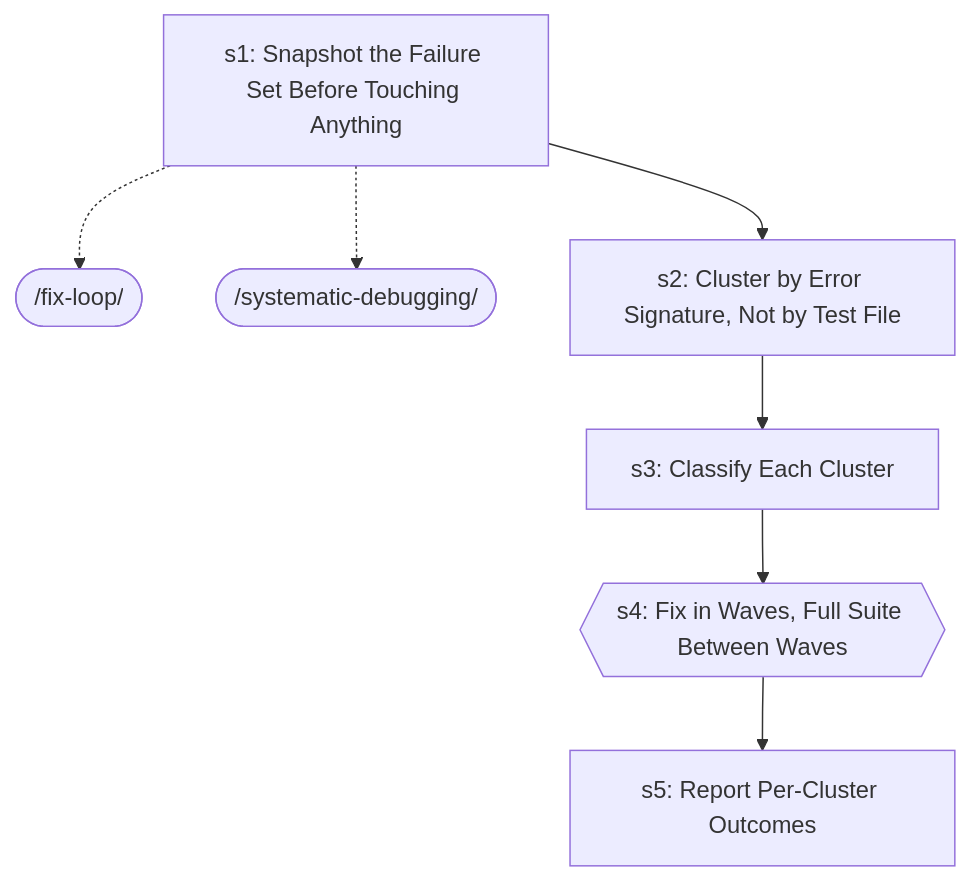
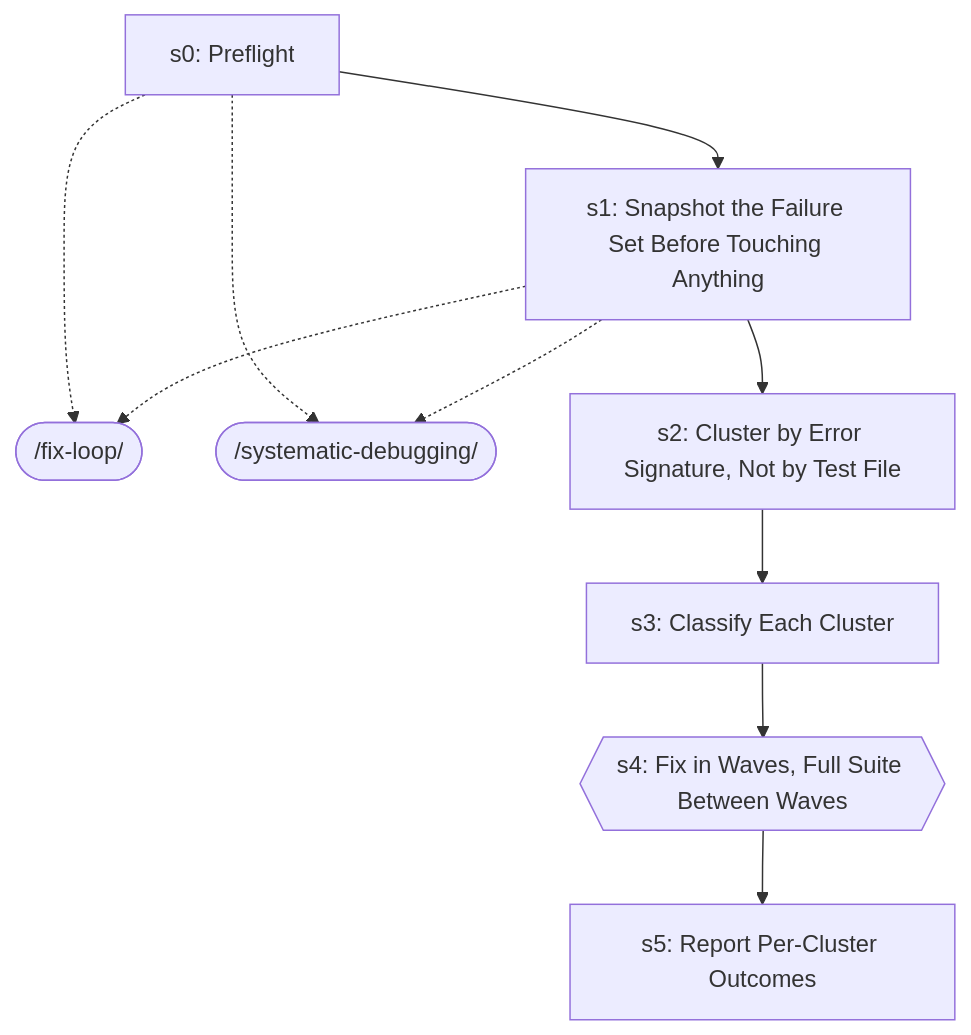
One commit to abhayla/claude-best-practices changed the seventh of 14 diagrams in docs/workflows/loop-engineering.md. Above: the diagram before and after it, drawn with Mermaid. The commit also changed other lines of this file and 13 other files, not shown here.

````diff
--- a/docs/workflows/loop-engineering.md
+++ b/docs/workflows/loop-engineering.md
@@ -597,16 +619,22 @@
 ```mermaid
 graph TD
+    s0["s0: Preflight"]
+    fix_loop_ext([/fix-loop/])
+    s0 -.-> fix_loop_ext
+    systematic_debugging_ext([/systematic-debugging/])
+    s0 -.-> systematic_debugging_ext
     s1["s1: Snapshot the Failure Set Before Touching Anything"]
+    s0 --> s1
     fix_loop_ext([/fix-loop/])
     s1 -.-> fix_loop_ext
     systematic_debugging_ext([/systematic-debugging/])
     s1 -.-> systematic_debugging_ext
     s2["s2: Cluster by Error Signature, Not by Test File"]
     s1 --> s2
     s3["s3: Classify Each Cluster"]
     s2 --> s3
     s4{{s4: Fix in Waves, Full Suite Between Waves}}
     s3 --> s4
     s5["s5: Report Per-Cluster Outcomes"]
     s4 --> s5
 ```
````
